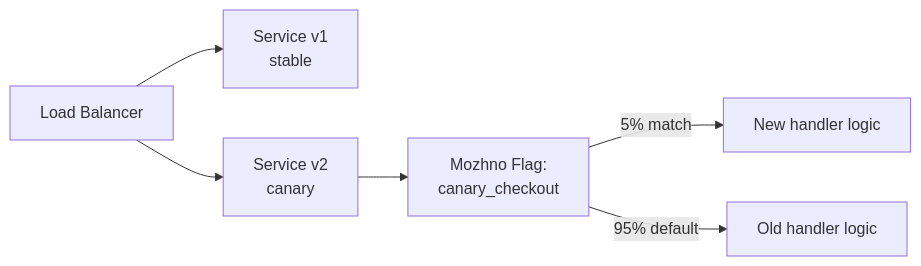
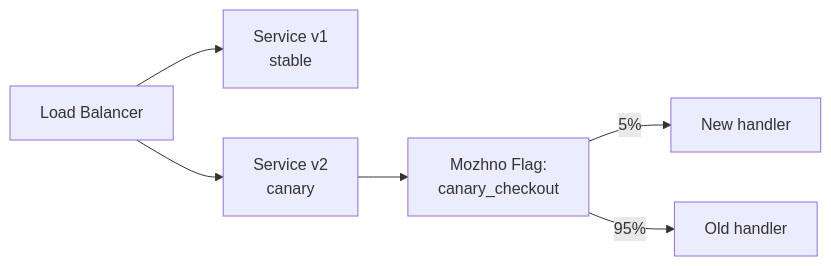
Before and after one commit to edgar-dev20/mozhno: the third of 3 diagrams in docs/en/guide/rollout.md, drawn with Mermaid. The commit also changed other lines of this file and 1 other file, not shown here.

Commit message:
docs: rewrite rollout, targeting, flags-workflow — fix evaluation logic errors, sync EN with RU

````diff
--- a/docs/en/guide/rollout.md
+++ b/docs/en/guide/rollout.md
@@ -75,8 +56,8 @@
 ```mermaid
 graph LR
     LB[Load Balancer] --> Old[Service v1<br/>stable]
     LB --> New[Service v2<br/>canary]
     New --> Flag[Mozhno Flag:<br/>canary_checkout]
-    Flag -->|5% match| NewHandler[New handler logic]
-    Flag -->|95% default| OldHandler[Old handler logic]
+    Flag -->|5%| NewHandler[New handler]
+    Flag -->|95%| OldHandler[Old handler]
 ```
````
